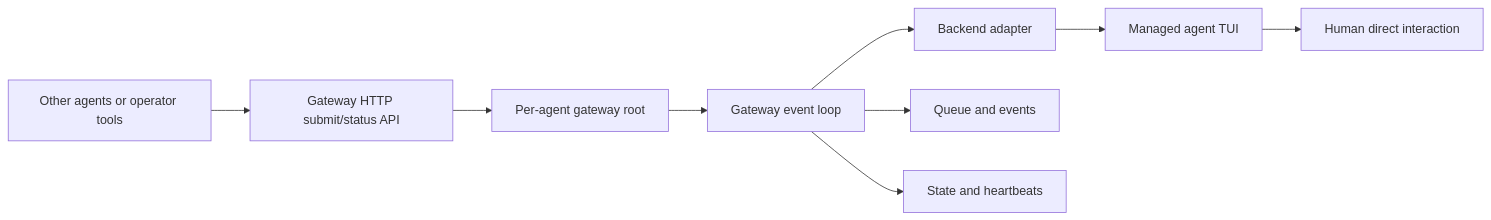
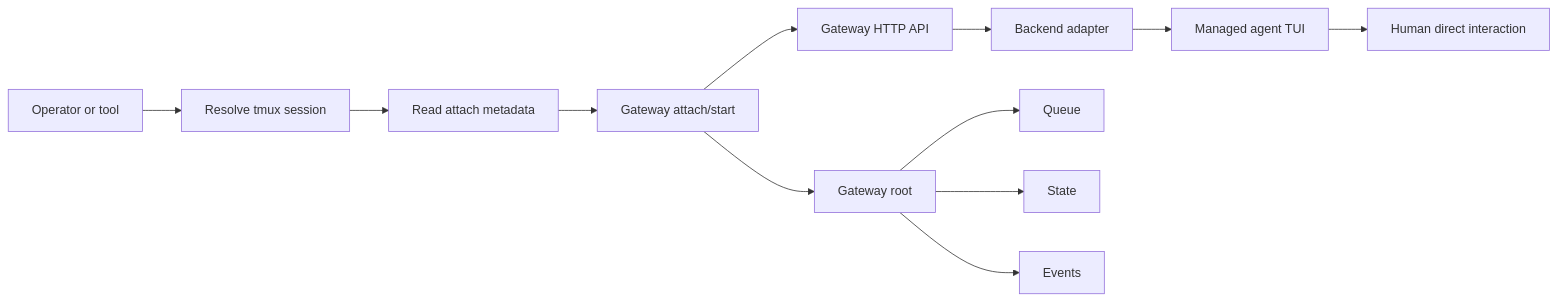
Before and after one commit to igamenovoer/houmao: the diagram in openspec/changes/add-agent-gateway-sidecar/design.md, drawn with Mermaid. The commit also changed other lines of this file and 46 other files, not shown here.

````diff
--- a/openspec/changes/add-agent-gateway-sidecar/design.md
+++ b/openspec/changes/add-agent-gateway-sidecar/design.md
@@ -11,11 +11,14 @@
 ```mermaid
 flowchart LR
-  A[Other agents or operator tools] --> B[Gateway HTTP submit/status API]
-  B --> C[Per-agent gateway root]
-  C --> D[Gateway event loop]
-  D --> E[Backend adapter]
-  E --> F[Managed agent TUI]
-  F --> G[Human direct interaction]
-  D --> H[Queue and events]
-  D --> I[State and heartbeats]
+  A[Operator or tool] --> B[Resolve tmux session]
+  B --> C[Read attach metadata]
+  C --> D[Gateway attach/start]
+  D --> E[Gateway HTTP API]
+  E --> F[Backend adapter]
+  F --> G[Managed agent TUI]
+  G --> H[Human direct interaction]
+  D --> I[Gateway root]
+  I --> J[Queue]
+  I --> K[State]
+  I --> L[Events]
 ```
````
